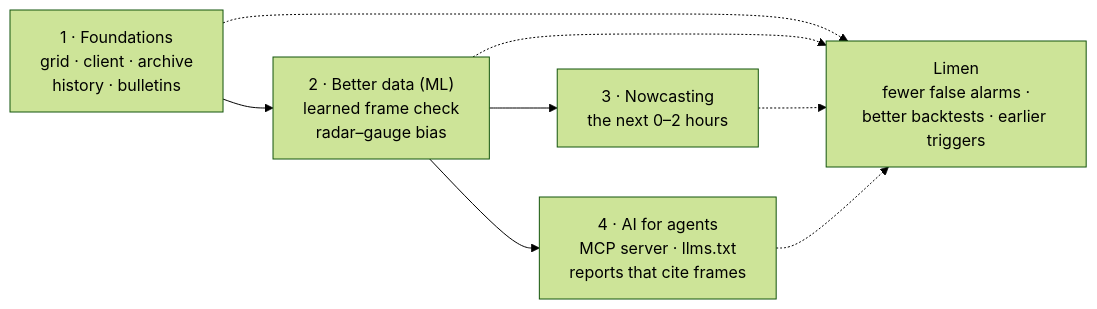
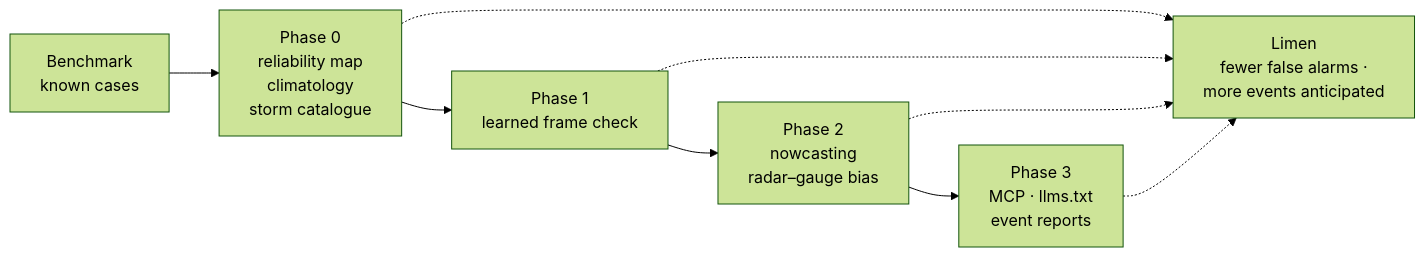
Before and after one commit to LBCron/dpc-radar: the fifth of 5 diagrams in README.md, drawn with Mermaid (forest theme). The commit also changed other lines of this file and 1 other file, not shown here.

First line of the commit message:
docs: roadmap of AI and ML measured against Limen's 72 h goal

````diff
--- a/README.md
+++ b/README.md
@@ -348,7 +350,8 @@
 ```mermaid
 flowchart LR
-    A["1 · Foundations<br/>grid · client · archive<br/>history · bulletins"] --> B["2 · Better data (ML)<br/>learned frame check<br/>radar–gauge bias"]
-    B --> C["3 · Nowcasting<br/>the next 0–2 hours"]
-    B --> D["4 · AI for agents<br/>MCP server · llms.txt<br/>reports that cite frames"]
-    A & B & C & D -.-> L["Limen<br/>fewer false alarms ·<br/>better backtests · earlier triggers"]
+    B["Benchmark<br/>known cases"] --> P0["Phase 0<br/>reliability map<br/>climatology<br/>storm catalogue"]
+    P0 --> P1["Phase 1<br/>learned frame check"]
+    P1 --> P2["Phase 2<br/>nowcasting<br/>radar–gauge bias"]
+    P2 --> P3["Phase 3<br/>MCP · llms.txt<br/>event reports"]
+    P0 & P1 & P2 & P3 -.-> L["Limen<br/>fewer false alarms ·<br/>more events anticipated"]
 ```
````
